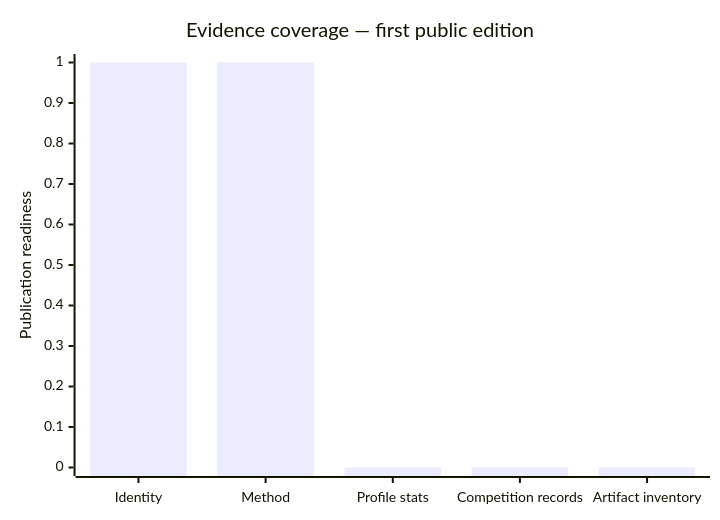
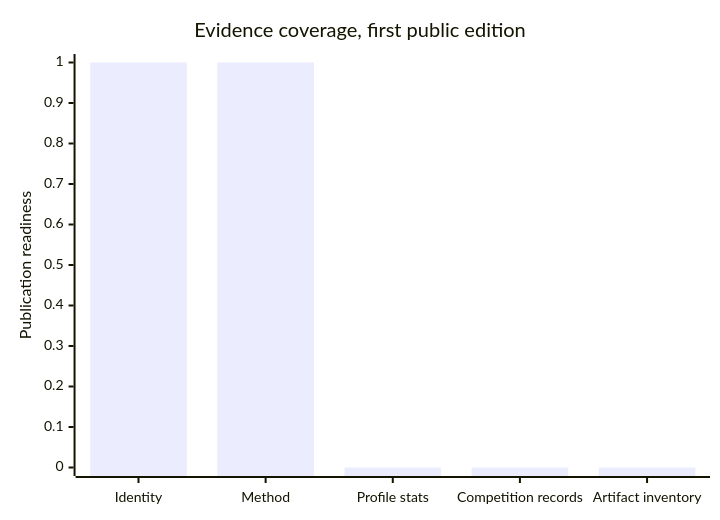
One commit to PascalAI2024/Kaggle-Portfolio changed the second of 3 diagrams in README.md. Above: the diagram before and after it, drawn with Mermaid. The commit also changed other lines of this file and 1 other file, not shown here.

First line of the commit message:
atlas: stop the labels running off the diagram; readme: plain voice

````diff
--- a/README.md
+++ b/README.md
@@ -74,7 +61,7 @@
 ```mermaid
 xychart-beta
-    title "Evidence coverage — first public edition"
+    title "Evidence coverage, first public edition"
     x-axis ["Identity", "Method", "Profile stats", "Competition records", "Artifact inventory"]
     y-axis "Publication readiness" 0 --> 1
     bar [1, 1, 0, 0, 0]
 ```
````
